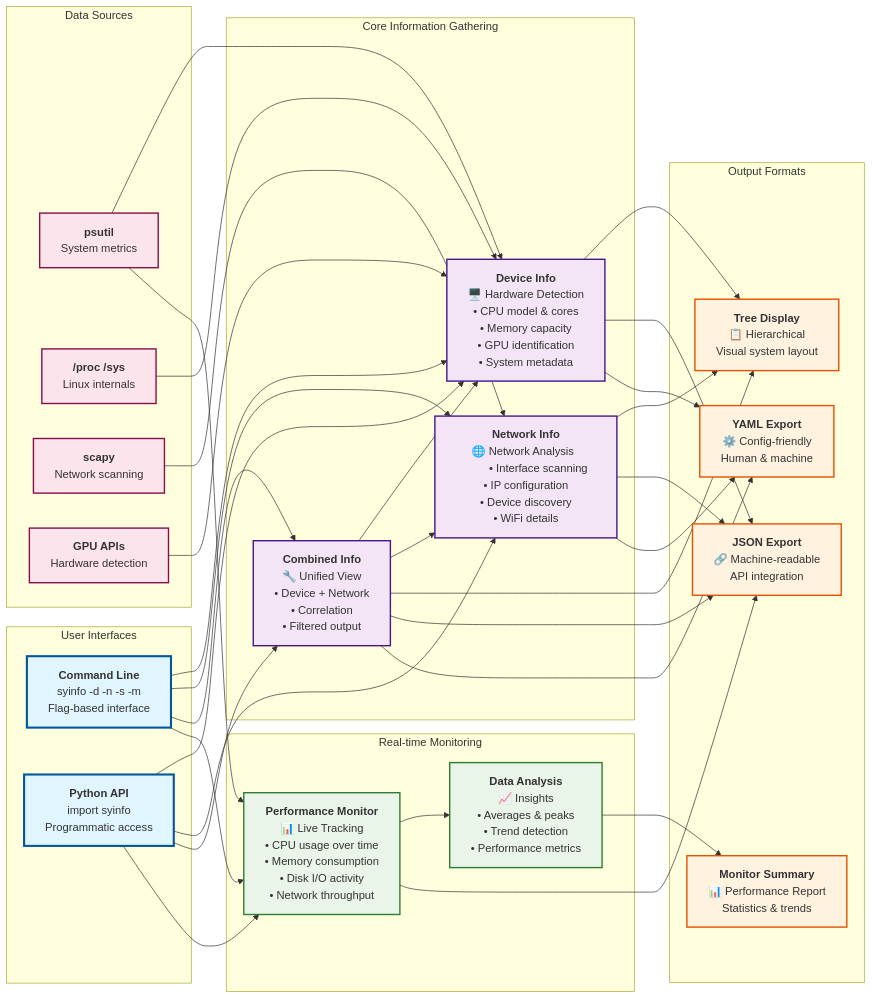
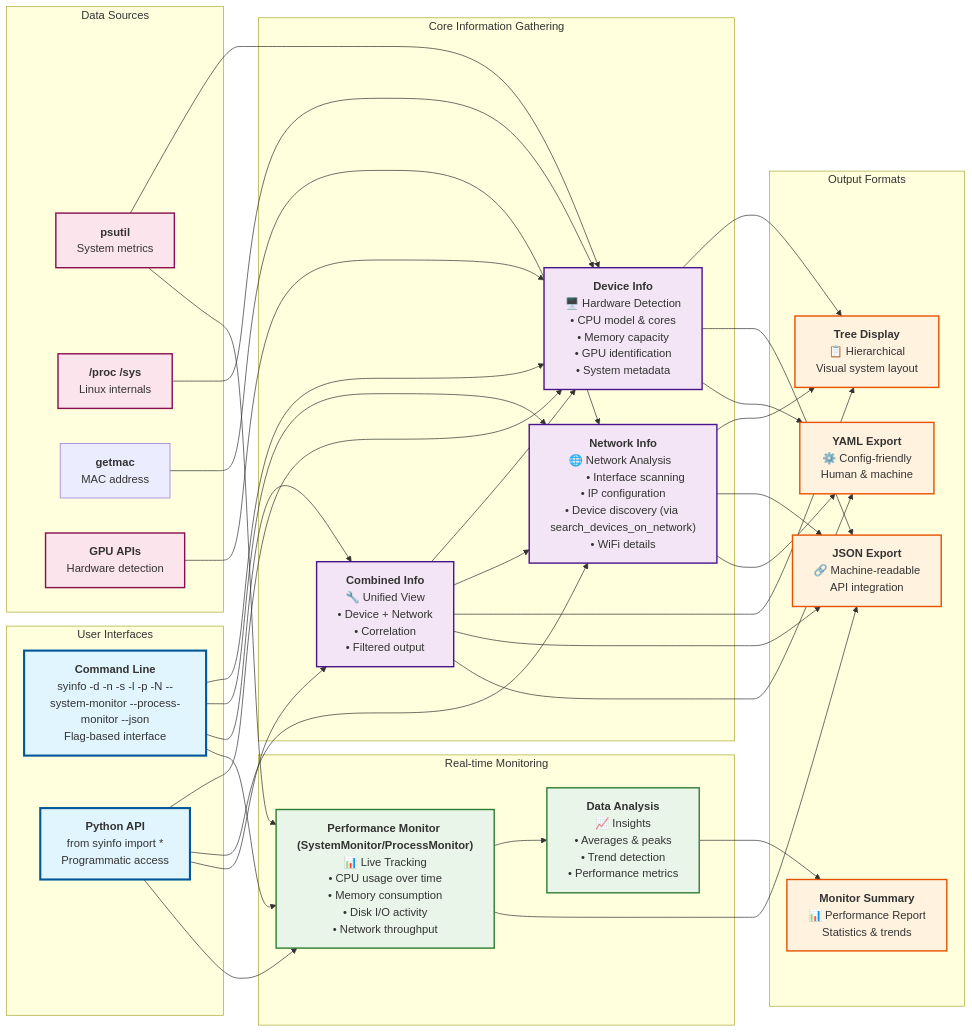
One commit to MR901/syinfo changed the diagram in docs/images/diagrams/system-components.mmd. Above: the diagram before and after it, drawn with Mermaid. The commit also changed 75 other files, not shown here.

Commit message:
T3 - Added Features : Process Monitor + Logs + Packages + Logger + Builder (#4)

```diff
--- a/docs/images/diagrams/system-components.mmd
+++ b/docs/images/diagrams/system-components.mmd
@@ -1,133 +1,133 @@
 graph LR
-    %% SyInfo System Components Overview
-    
+    %% SyInfo System Components Overview (Updated)
+
     subgraph "User Interfaces"
         CLI["`**Command Line**
-        syinfo -d -n -s -m
+        syinfo -d -n -s -l -p -N --system-monitor --process-monitor --json
         Flag-based interface`"]
-        
+
         API["`**Python API**
-        import syinfo
+        from syinfo import *
         Programmatic access`"]
     end
     
     subgraph "Core Information Gathering"
         DEVICE["`**Device Info**
         🖥️ Hardware Detection
         • CPU model & cores
         • Memory capacity
         • GPU identification
         • System metadata`"]
         
         NETWORK["`**Network Info**
         🌐 Network Analysis  
         • Interface scanning
         • IP configuration
-        • Device discovery
+        • Device discovery (via search_devices_on_network)
         • WiFi details`"]
         
         SYSTEM["`**Combined Info**
         🔧 Unified View
         • Device + Network
         • Correlation
         • Filtered output`"]
     end
     
     subgraph "Real-time Monitoring"
-        MONITOR["`**Performance Monitor**
+        MONITOR["`**Performance Monitor (SystemMonitor/ProcessMonitor)**
         📊 Live Tracking
         • CPU usage over time
         • Memory consumption
         • Disk I/O activity
         • Network throughput`"]
         
         ANALYSIS["`**Data Analysis**
         📈 Insights
         • Averages & peaks
         • Trend detection
         • Performance metrics`"]
     end
     
     subgraph "Output Formats"
         TREE["`**Tree Display**
         📋 Hierarchical
         Visual system layout`"]
         
         JSON["`**JSON Export**
         🔗 Machine-readable
         API integration`"]
         
         YAML["`**YAML Export**
         ⚙️ Config-friendly
         Human & machine`"]
         
         SUMMARY["`**Monitor Summary**
         📊 Performance Report
         Statistics & trends`"]
     end
     
     subgraph "Data Sources"
         PSUTIL["`**psutil**
         System metrics`"]
-        
+
         PROCFS["`**/proc /sys**
         Linux internals`"]
-        
-        SCAPY["`**scapy**
-        Network scanning`"]
-        
+
+        GETMAC["`**getmac**
+        MAC address`"]
+
         GPU_APIS["`**GPU APIs**
         Hardware detection`"]
     end
     
     %% Interface Connections
     CLI --> DEVICE
     CLI --> NETWORK  
     CLI --> SYSTEM
     CLI --> MONITOR
     
     API --> DEVICE
     API --> NETWORK
     API --> SYSTEM
     API --> MONITOR
     
     %% Core Component Relationships
     SYSTEM --> DEVICE
     SYSTEM --> NETWORK
     MONITOR --> ANALYSIS
     
     %% Output Connections
     DEVICE --> TREE
     NETWORK --> TREE
     SYSTEM --> TREE
     
     DEVICE --> JSON
     NETWORK --> JSON
     SYSTEM --> JSON
     MONITOR --> JSON
     
     DEVICE --> YAML
     NETWORK --> YAML
     SYSTEM --> YAML
     
     ANALYSIS --> SUMMARY
     
     %% Data Source Connections
     PSUTIL --> DEVICE
     PSUTIL --> MONITOR
     PROCFS --> DEVICE
-    SCAPY --> NETWORK
+    GETMAC --> NETWORK
     GPU_APIS --> DEVICE
     
     %% Styling
     classDef interface fill:#e1f5fe,stroke:#01579b,stroke-width:3px
     classDef core fill:#f3e5f5,stroke:#4a148c,stroke-width:2px
     classDef monitoring fill:#e8f5e8,stroke:#2e7d32,stroke-width:2px
     classDef output fill:#fff3e0,stroke:#e65100,stroke-width:2px
     classDef datasource fill:#fce4ec,stroke:#880e4f,stroke-width:2px
     
     class CLI,API interface
     class DEVICE,NETWORK,SYSTEM core
     class MONITOR,ANALYSIS monitoring
     class TREE,JSON,YAML,SUMMARY output
     class PSUTIL,PROCFS,SCAPY,GPU_APIS datasource
```
